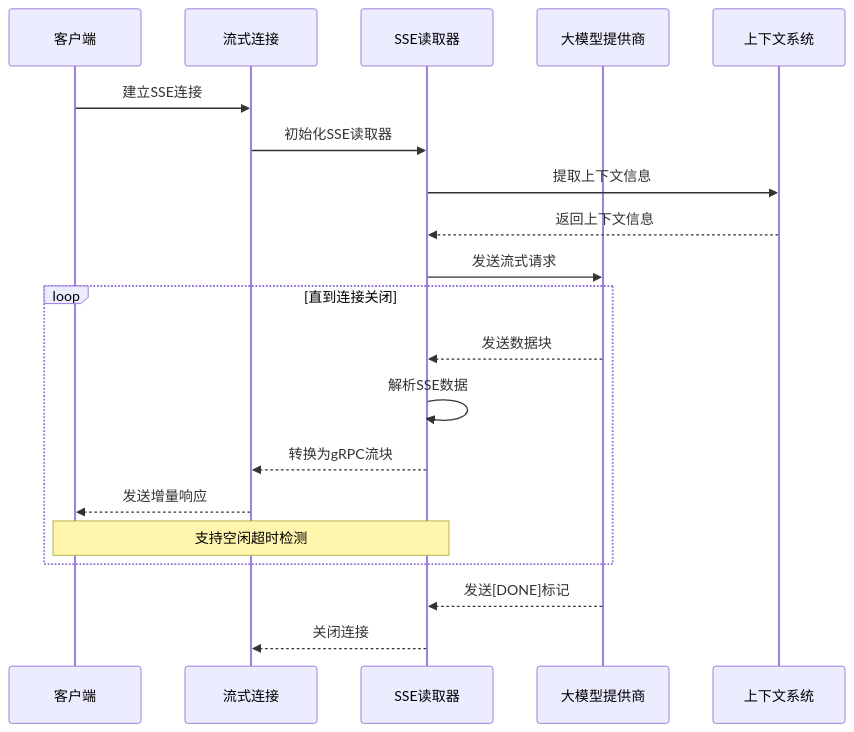
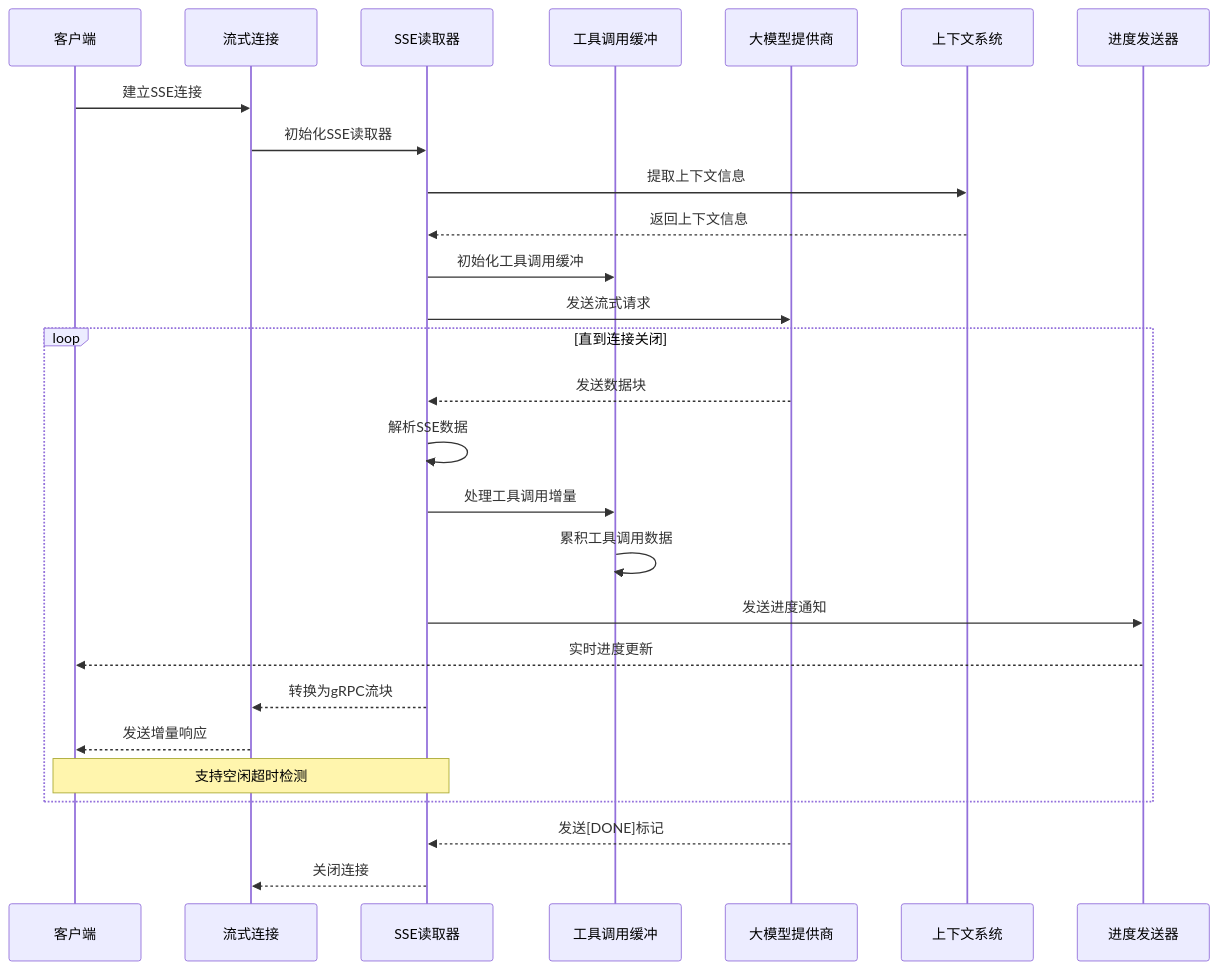
Before and after one commit to maomao94/zero-service: the fifth of 29 diagrams in .qoder/repowiki/zh/content/AI聊天服务迁移指南.md, drawn with Mermaid. The commit also changed other lines of this file and 48 other files, not shown here.

````diff
--- a/.qoder/repowiki/zh/content/AI聊天服务迁移指南.md
+++ b/.qoder/repowiki/zh/content/AI聊天服务迁移指南.md
@@ -293,22 +339,29 @@
 ```mermaid
 sequenceDiagram
 participant Client as 客户端
 participant Stream as 流式连接
 participant Reader as SSE读取器
+participant ToolBuffer as 工具调用缓冲
 participant Provider as 大模型提供商
 participant Context as 上下文系统
+participant ProgressSender as 进度发送器
 Client->>Stream : 建立SSE连接
 Stream->>Reader : 初始化SSE读取器
 Reader->>Context : 提取上下文信息
 Context-->>Reader : 返回上下文信息
+Reader->>ToolBuffer : 初始化工具调用缓冲
 Reader->>Provider : 发送流式请求
 loop 直到连接关闭
 Provider-->>Reader : 发送数据块
 Reader->>Reader : 解析SSE数据
+Reader->>ToolBuffer : 处理工具调用增量
+ToolBuffer->>ToolBuffer : 累积工具调用数据
+Reader->>ProgressSender : 发送进度通知
+ProgressSender-->>Client : 实时进度更新
 Reader-->>Stream : 转换为gRPC流块
 Stream-->>Client : 发送增量响应
 Note over Reader,Client : 支持空闲超时检测
 end
 Provider-->>Reader : 发送[DONE]标记
 Reader-->>Stream : 关闭连接
 ```
````
